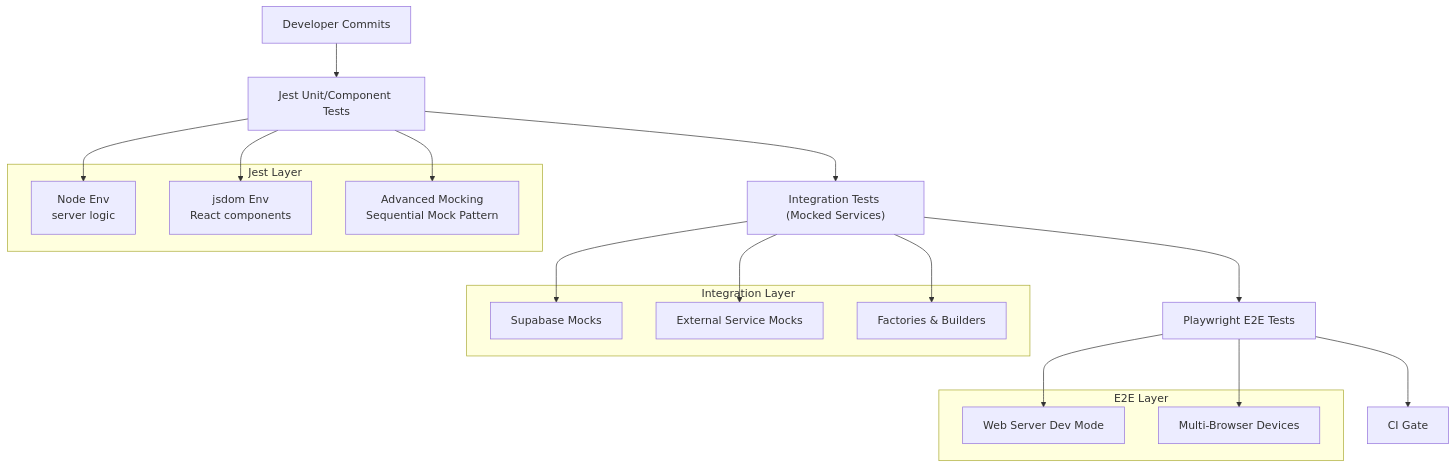
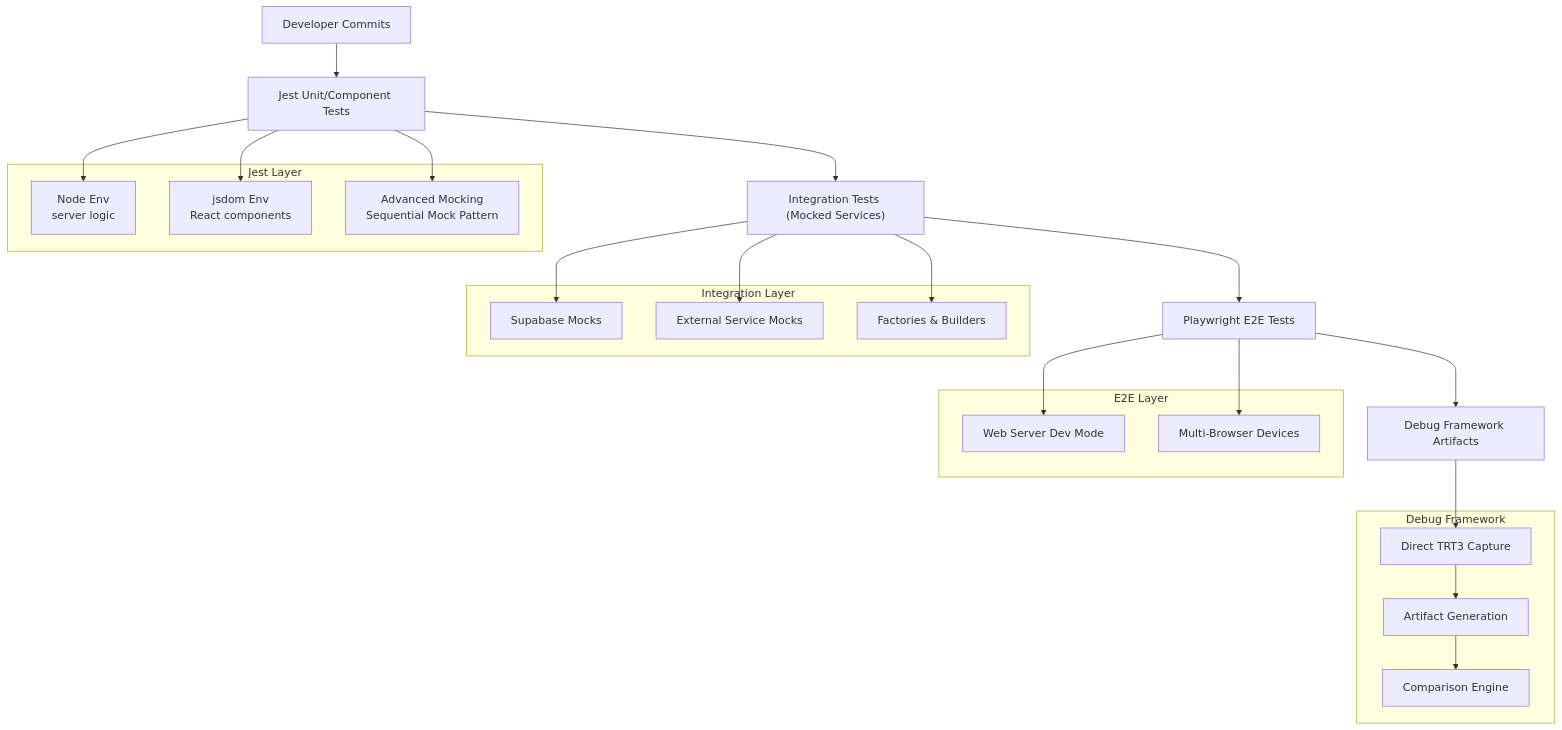
Before and after one commit to SinesysTech/zattar-os: the second of 11 diagrams in .qoder/repowiki/en/content/Development Guide/Testing Strategy and Implementation.md, drawn with Mermaid. The commit also changed other lines of this file and 8 other files, not shown here.

````diff
--- a/.qoder/repowiki/en/content/Development Guide/Testing Strategy and Implementation.md
+++ b/.qoder/repowiki/en/content/Development Guide/Testing Strategy and Implementation.md
@@ -125,29 +161,37 @@
 ```mermaid
 graph TB
 A["Developer Commits"] --> B["Jest Unit/Component Tests"]
 B --> C["Integration Tests (Mocked Services)"]
 C --> D["Playwright E2E Tests"]
-D --> E["CI Gate"]
+D --> E["Debug Framework Artifacts"]
 subgraph "Jest Layer"
 B1["Node Env<br/>server logic"]
 B2["jsdom Env<br/>React components"]
 B3["Advanced Mocking<br/>Sequential Mock Pattern"]
 end
 subgraph "Integration Layer"
 I1["Supabase Mocks"]
 I2["External Service Mocks"]
 I3["Factories & Builders"]
 end
 subgraph "E2E Layer"
 E1["Web Server Dev Mode"]
 E2["Multi-Browser Devices"]
 end
+subgraph "Debug Framework"
+DF1["Direct TRT3 Capture"]
+DF2["Artifact Generation"]
+DF3["Comparison Engine"]
+end
 B --> B1
 B --> B2
 B --> B3
 C --> I1
 C --> I2
 C --> I3
 D --> E1
 D --> E2
+E --> DF1
+DF1 --> DF2
+DF2 --> DF3
 ```
````
